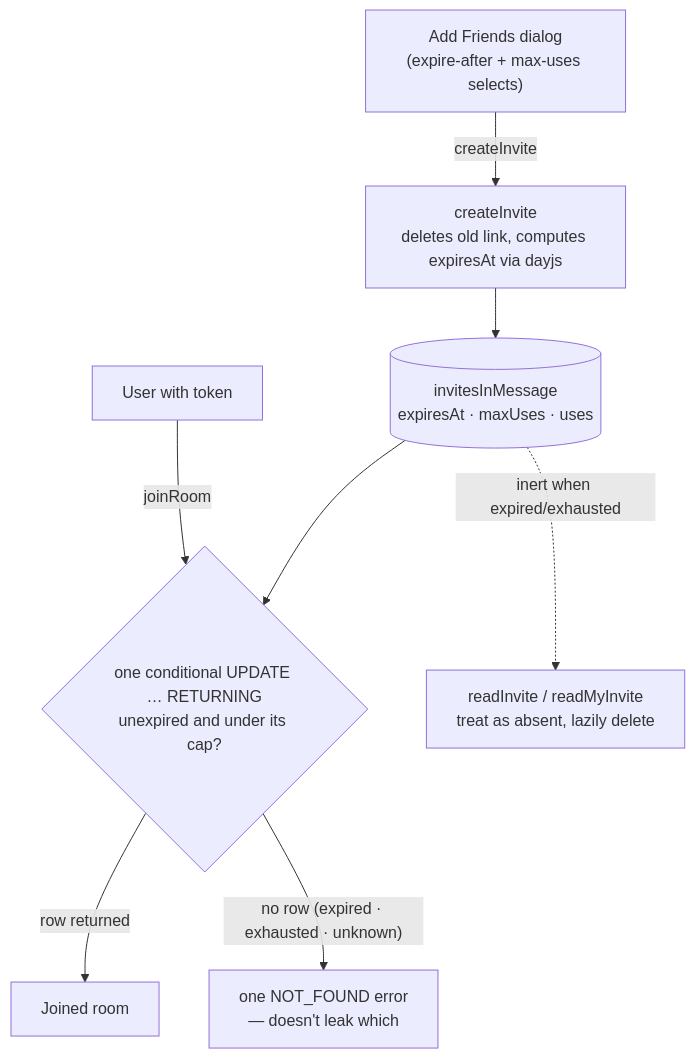
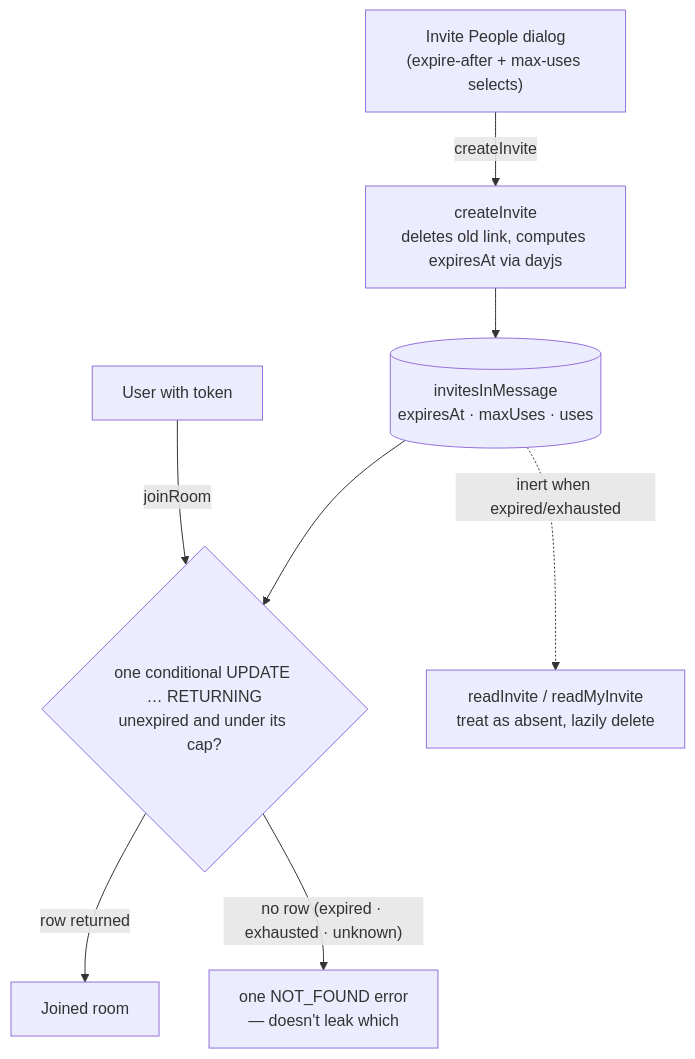
One commit to Esposter/Esposter changed the diagram in packages/app/content/docs/esbabbler/invites.md. Above: the diagram before and after it, drawn with Mermaid. The commit also changed other lines of this file and 22 other files, not shown here.

````diff
--- a/packages/app/content/docs/esbabbler/invites.md
+++ b/packages/app/content/docs/esbabbler/invites.md
@@ -12,10 +12,10 @@
 ```mermaid
 flowchart TD
-    dialog["Add Friends dialog<br/>(expire-after + max-uses selects)"] -->|createInvite| create["createInvite<br/>deletes old link, computes expiresAt via dayjs"]
+    dialog["Invite People dialog<br/>(expire-after + max-uses selects)"] -->|createInvite| create["createInvite<br/>deletes old link, computes expiresAt via dayjs"]
     create --> row[("invitesInMessage<br/>expiresAt · maxUses · uses")]
     joiner["User with token"] -->|joinRoom| check{"one conditional UPDATE … RETURNING<br/>unexpired and under its cap?"}
     row --> check
     check -->|row returned| member["Joined room"]
     check -->|"no row (expired · exhausted · unknown)"| invalid["one NOT_FOUND error<br/>— doesn't leak which"]
     row -.->|"inert when expired/exhausted"| reads["readInvite / readMyInvite<br/>treat as absent, lazily delete"]
 ```
````
